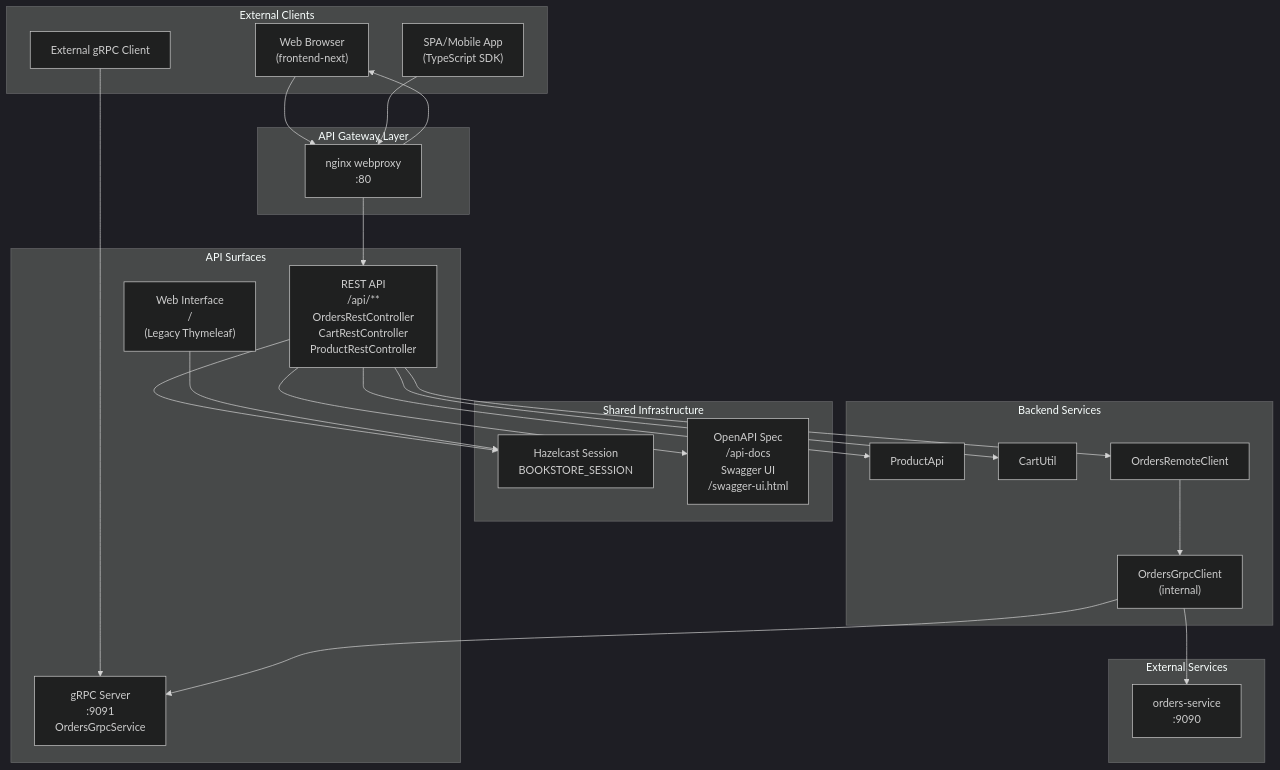
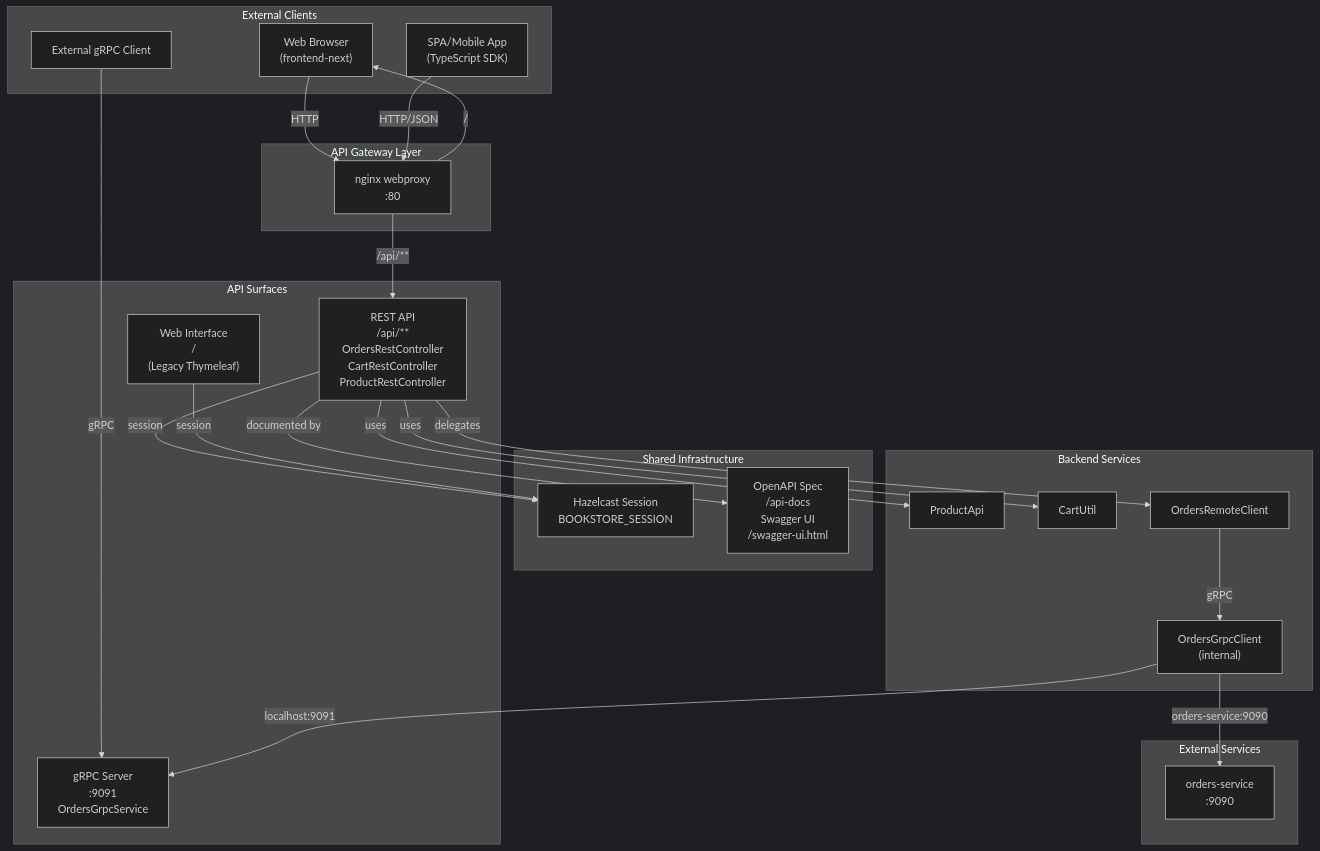
Before and after one commit to philipz/spring-modular-monolith: the first of 3 diagrams in docs/deepwiki/API-Documentation.md, drawn with Mermaid (dark theme). The commit also changed other lines of this file and 55 other files, not shown here.

````diff
--- a/docs/deepwiki/API-Documentation.md
+++ b/docs/deepwiki/API-Documentation.md
@@ -38,65 +38,65 @@
 ```mermaid
 flowchart TD
 
 Browser["Web Browser<br>(frontend-next)"]
 SPA["SPA/Mobile App<br>(TypeScript SDK)"]
 ExternalGrpc["External gRPC Client"]
 Nginx["nginx webproxy<br>:80"]
 RestAPI["REST API<br>/api/**<br>OrdersRestController<br>CartRestController<br>ProductRestController"]
 GrpcServer["gRPC Server<br>:9091<br>OrdersGrpcService"]
 WebUI["Web Interface<br>/<br>(Legacy Thymeleaf)"]
 OrdersGrpcClient["OrdersGrpcClient<br>(internal)"]
 ProductApi["ProductApi"]
 CartUtil["CartUtil"]
 OrdersRemoteClient["OrdersRemoteClient"]
 OrdersService["orders-service<br>:9090"]
 Session["Hazelcast Session<br>BOOKSTORE_SESSION"]
 OpenAPI["OpenAPI Spec<br>/api-docs<br>Swagger UI<br>/swagger-ui.html"]
 
-Browser --> Nginx
-SPA --> Nginx
-ExternalGrpc --> GrpcServer
-Nginx --> RestAPI
-Nginx --> Browser
-RestAPI --> OrdersRemoteClient
-RestAPI --> ProductApi
-RestAPI --> CartUtil
-OrdersGrpcClient --> GrpcServer
-OrdersGrpcClient --> OrdersService
-RestAPI --> Session
-WebUI --> Session
-RestAPI --> OpenAPI
+Browser -->|"HTTP"| Nginx
+SPA -->|"HTTP/JSON"| Nginx
+ExternalGrpc -->|"gRPC"| GrpcServer
+Nginx -->|"/api/**"| RestAPI
+Nginx -->|"/"| Browser
+RestAPI -->|"delegates"| OrdersRemoteClient
+RestAPI -->|"uses"| ProductApi
+RestAPI -->|"uses"| CartUtil
+OrdersGrpcClient -->|"localhost:9091"| GrpcServer
+OrdersGrpcClient -->|"orders-service:9090"| OrdersService
+RestAPI -->|"session"| Session
+WebUI -->|"session"| Session
+RestAPI -->|"documented by"| OpenAPI
 
 subgraph subGraph5 ["Shared Infrastructure"]
     Session
     OpenAPI
 end
 
 subgraph subGraph4 ["External Services"]
     OrdersService
 end
 
 subgraph subGraph3 ["Backend Services"]
     OrdersGrpcClient
     ProductApi
     CartUtil
     OrdersRemoteClient
-    OrdersRemoteClient --> OrdersGrpcClient
+    OrdersRemoteClient -->|"gRPC"| OrdersGrpcClient
 end
 
 subgraph subGraph2 ["API Surfaces"]
     RestAPI
     GrpcServer
     WebUI
 end
 
 subgraph subGraph1 ["API Gateway Layer"]
     Nginx
 end
 
 subgraph subGraph0 ["External Clients"]
     Browser
     SPA
     ExternalGrpc
 end
 ```
````
